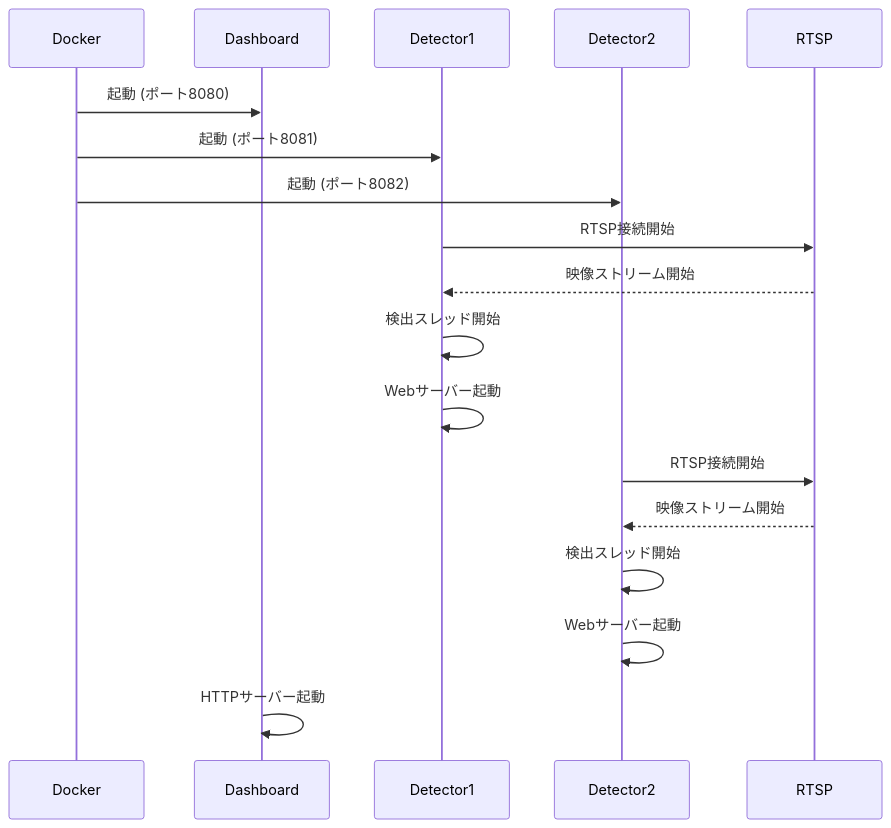
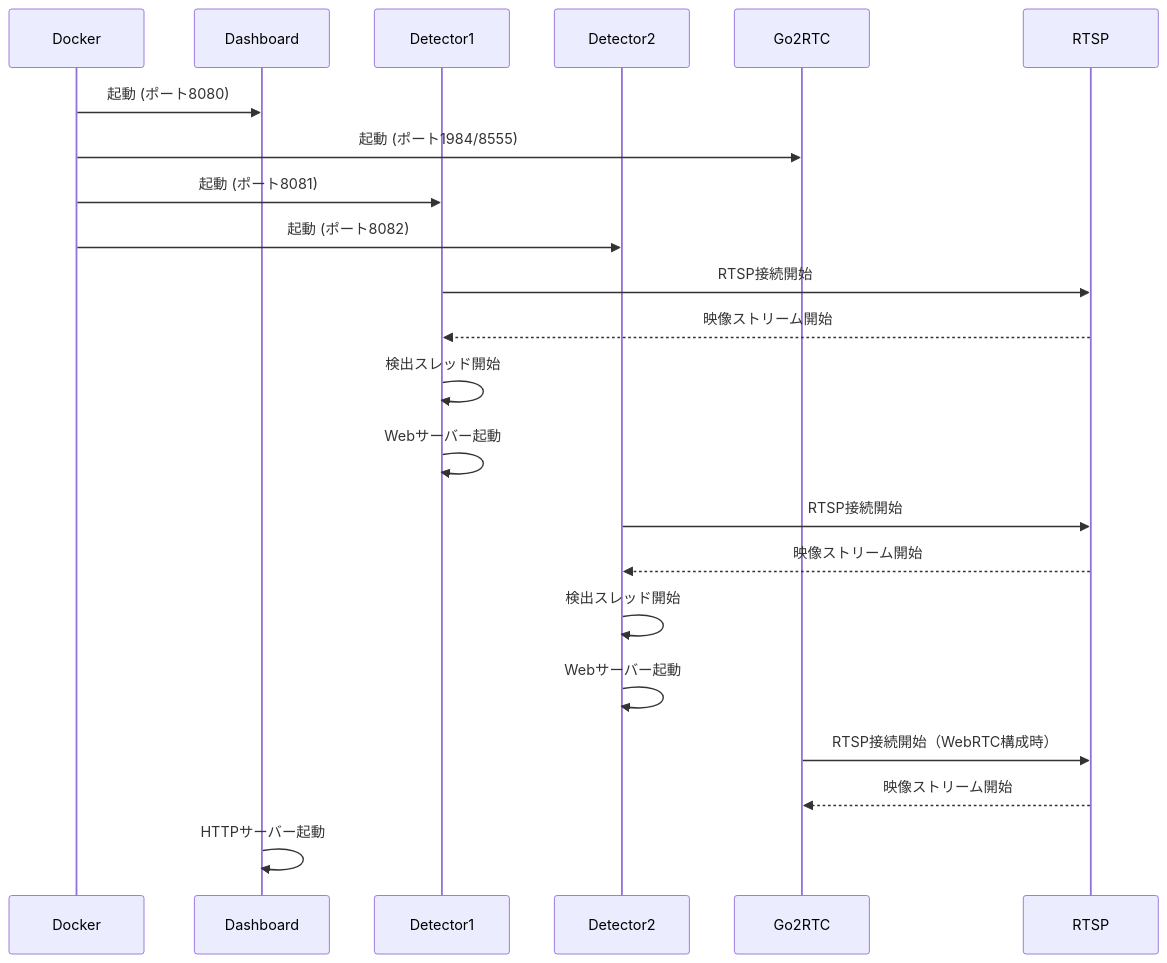
The second of 5 diagrams in documents/ARCHITECTURE.md (Masakai/meteo), drawn with Mermaid before and after one commit. The commit also changed other lines of this file and 10 other files, not shown here.

Commit message:
- WebRTC正式対応の関連ドキュメントを更新   - 利用構成に `go2rtc` の説明を追加   - `generate_compose.py` の `--streaming-mode webrtc` 新機能を記載   - candidate設定の自動検出と典型要件を追記   - APIリファレンスに WebRTC 埋め込みページと go2rtc アセットプロキシを反映   - アーキテクチャ図に WebRTC / go2rtc コンポーネントを追加

````diff
--- a/documents/ARCHITECTURE.md
+++ b/documents/ARCHITECTURE.md
@@ -63,24 +74,29 @@
 ```mermaid
 sequenceDiagram
     participant Docker
     participant Dashboard
     participant Detector1
     participant Detector2
+    participant Go2RTC
     participant RTSP
 
     Docker->>Dashboard: 起動 (ポート8080)
+    Docker->>Go2RTC: 起動 (ポート1984/8555)
     Docker->>Detector1: 起動 (ポート8081)
     Docker->>Detector2: 起動 (ポート8082)
 
     Detector1->>RTSP: RTSP接続開始
     RTSP-->>Detector1: 映像ストリーム開始
     Detector1->>Detector1: 検出スレッド開始
     Detector1->>Detector1: Webサーバー起動
 
     Detector2->>RTSP: RTSP接続開始
     RTSP-->>Detector2: 映像ストリーム開始
     Detector2->>Detector2: 検出スレッド開始
     Detector2->>Detector2: Webサーバー起動
 
+    Go2RTC->>RTSP: RTSP接続開始（WebRTC構成時）
+    RTSP-->>Go2RTC: 映像ストリーム開始
+
     Dashboard->>Dashboard: HTTPサーバー起動
 ```
````
